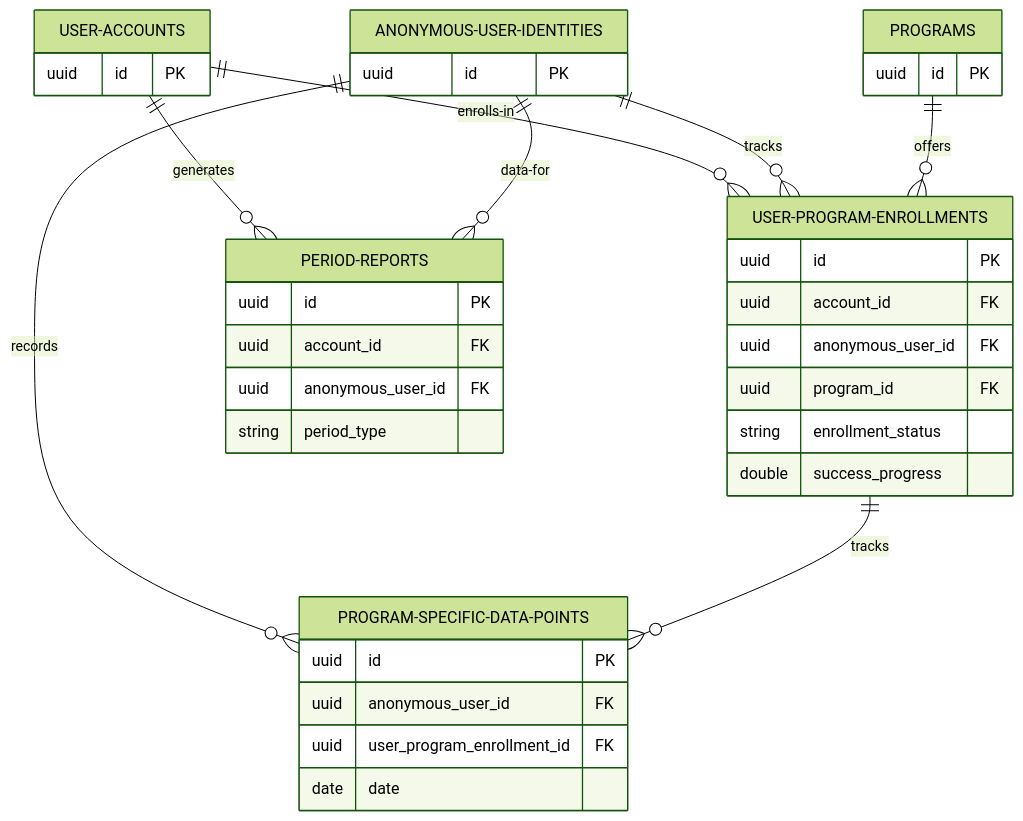
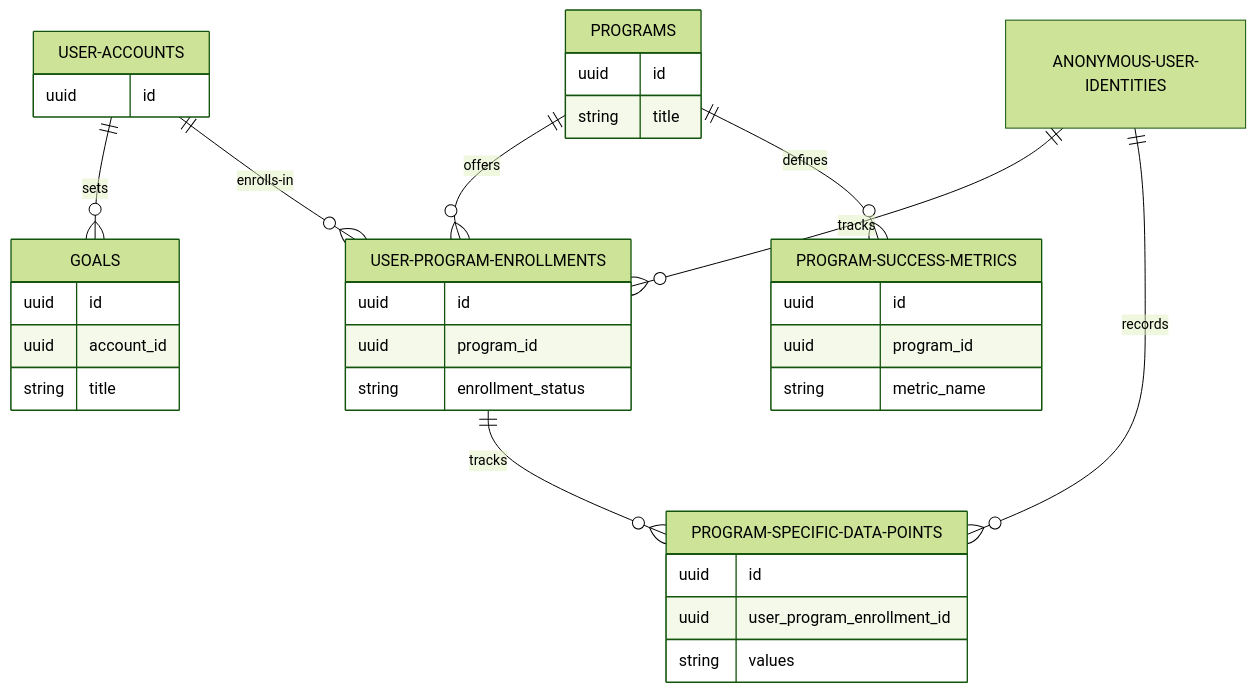
One commit to neomakes/neopip changed the seventh of 8 diagrams in 01_Planning/DATABASE_SCHEMA_MERMAID_ERD.md. Above: the diagram before and after it, drawn with Mermaid (forest theme). The commit also changed other lines of this file and 1 other file, not shown here.

Commit message:
docs(db): update sql/mermaid ERD and update DB schema design

````diff
--- a/01_Planning/DATABASE_SCHEMA_MERMAID_ERD.md
+++ b/01_Planning/DATABASE_SCHEMA_MERMAID_ERD.md
@@ -740,47 +542,45 @@
 ```mermaid
 erDiagram
+    USER-ACCOUNTS ||--o{ GOALS : sets
+    PROGRAMS ||--o{ USER-PROGRAM-ENROLLMENTS : offers
     USER-ACCOUNTS ||--o{ USER-PROGRAM-ENROLLMENTS : enrolls-in
     ANONYMOUS-USER-IDENTITIES ||--o{ USER-PROGRAM-ENROLLMENTS : "tracks"
-    PROGRAMS ||--o{ USER-PROGRAM-ENROLLMENTS : offers
     
     ANONYMOUS-USER-IDENTITIES ||--o{ PROGRAM-SPECIFIC-DATA-POINTS : "records"
     USER-PROGRAM-ENROLLMENTS ||--o{ PROGRAM-SPECIFIC-DATA-POINTS : "tracks"
     
-    USER-ACCOUNTS ||--o{ PERIOD-REPORTS : generates
-    ANONYMOUS-USER-IDENTITIES ||--o{ PERIOD-REPORTS : "data-for"
+    PROGRAMS ||--o{ PROGRAM-SUCCESS-METRICS : defines
 
     USER-ACCOUNTS {
-        uuid id PK
+        uuid id
     }
 
-    ANONYMOUS-USER-IDENTITIES {
-        uuid id PK
+    GOALS {
+        uuid id
+        uuid account_id
+        string title
     }
 
     PROGRAMS {
-        uuid id PK
+        uuid id
+        string title
     }
 
     USER-PROGRAM-ENROLLMENTS {
-        uuid id PK
-        uuid account_id FK
-        uuid anonymous_user_id FK
-        uuid program_id FK
+        uuid id
+        uuid program_id
         string enrollment_status
-        double success_progress
     }
 
     PROGRAM-SPECIFIC-DATA-POINTS {
-        uuid id PK
-        uuid anonymous_user_id FK
-        uuid user_program_enrollment_id FK
-        date date
+        uuid id
+        uuid user_program_enrollment_id
+        string values
     }
 
-    PERIOD-REPORTS {
-        uuid id PK
-        uuid account_id FK
-        uuid anonymous_user_id FK
-        string period_type
+    PROGRAM-SUCCESS-METRICS {
+        uuid id
+        uuid program_id
+        string metric_name
     }
 ```
````
